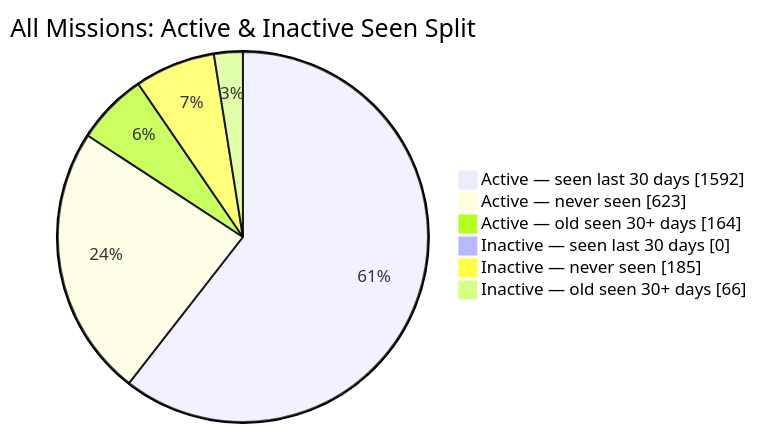
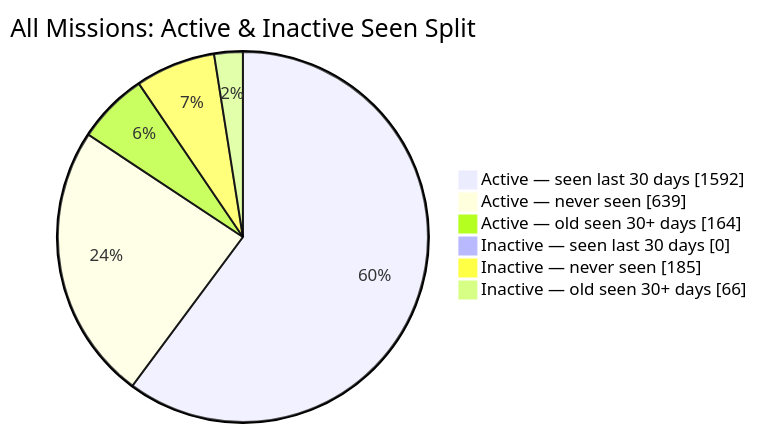
Before and after one commit to MeldkamerspelGameTeam/active-missions: the second of 2 diagrams in README.md, drawn with Mermaid. The commit also changed other lines of this file and 3 other files, not shown here.

````diff
--- a/README.md
+++ b/README.md
@@ -44,10 +44,10 @@
 ```mermaid
 pie showData
     title All Missions: Active & Inactive Seen Split
     "Active — seen last 30 days" : 1592
-    "Active — never seen" : 623
+    "Active — never seen" : 639
     "Active — old seen 30+ days" : 164
     "Inactive — seen last 30 days" : 0
     "Inactive — never seen" : 185
     "Inactive — old seen 30+ days" : 66
 ```
````
